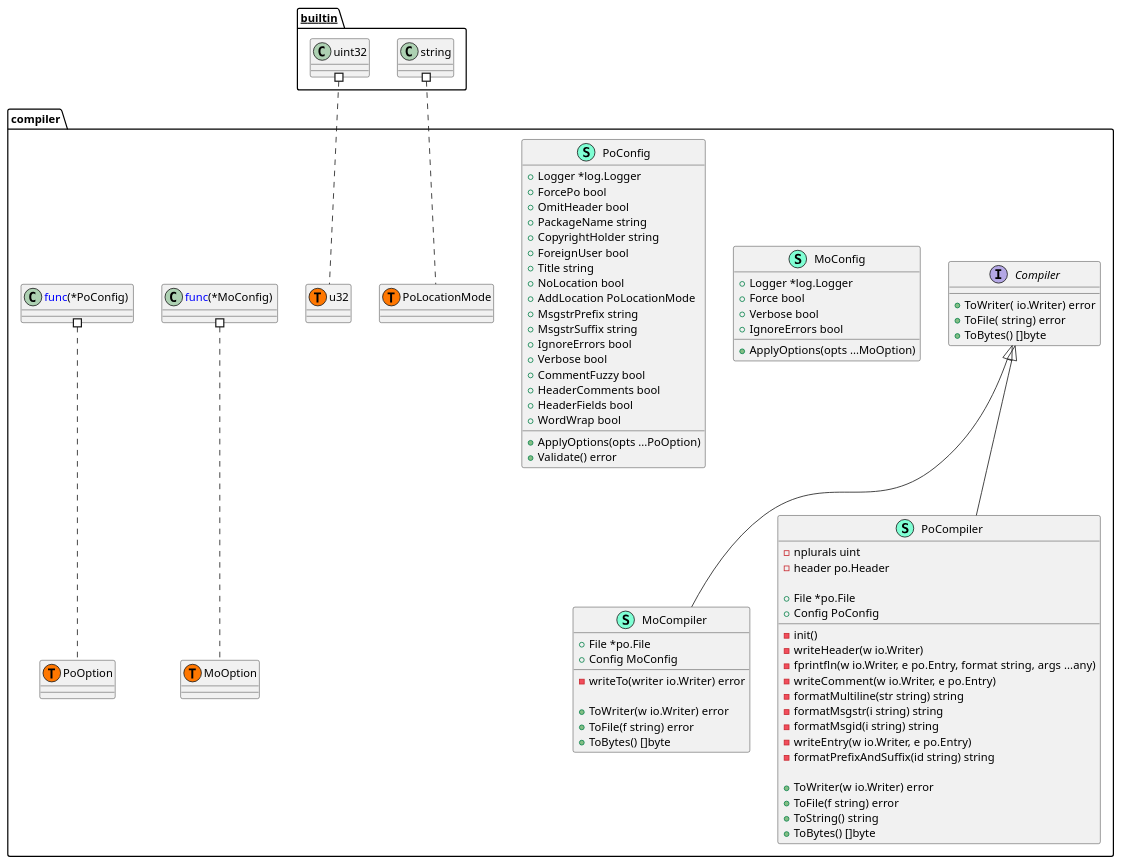
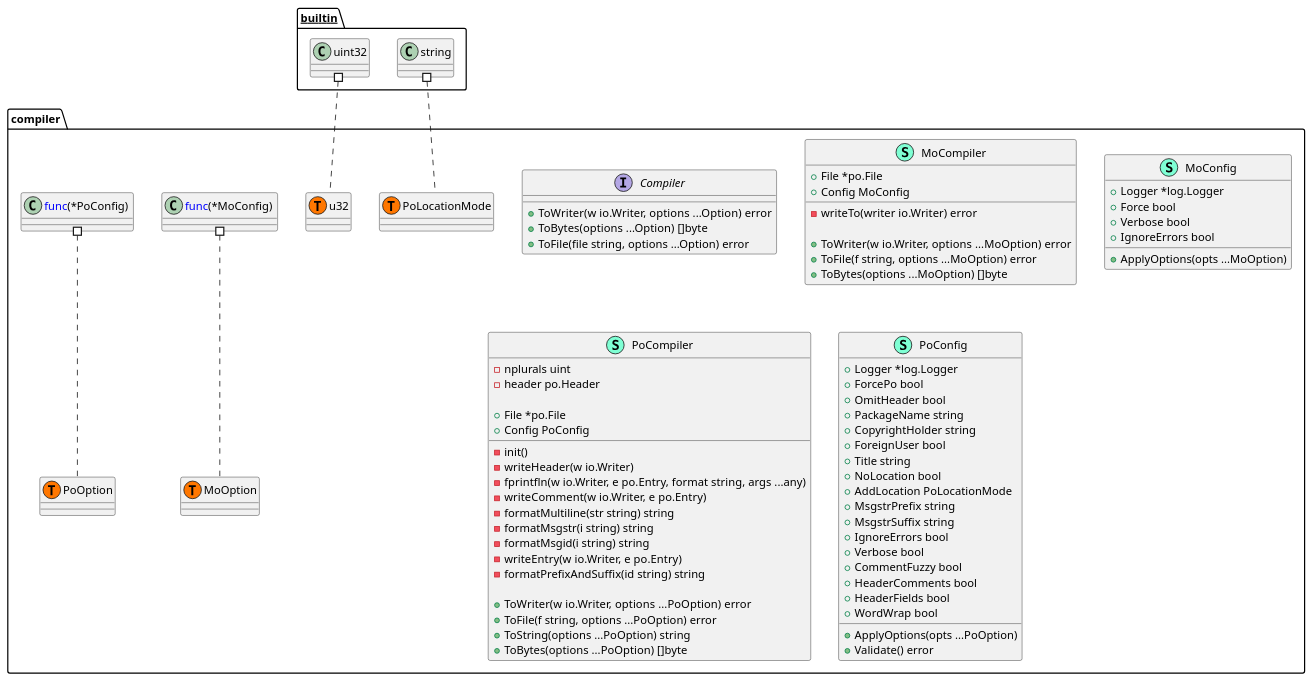
One commit to Tom5521/gotext-tools changed the diagram in pkg/po/compiler/structure.puml. Above: the diagram before and after it, drawn with PlantUML. The commit also changed 7 other files, not shown here.

Commit message:
docs: Update UML files

```diff
--- a/pkg/po/compiler/structure.puml
+++ b/pkg/po/compiler/structure.puml
@@ -1,92 +1,90 @@
 @startuml
 namespace compiler {
     interface Compiler  {
-        + ToWriter( io.Writer) error
-        + ToFile( string) error
-        + ToBytes() []byte
+        + ToWriter(w io.Writer, options ...Option) error
+        + ToBytes(options ...Option) []byte
+        + ToFile(file string, options ...Option) error
 
     }
     class MoCompiler << (S,Aquamarine) >> {
         + File *po.File
         + Config MoConfig
 
         - writeTo(writer io.Writer) error
 
-        + ToWriter(w io.Writer) error
-        + ToFile(f string) error
-        + ToBytes() []byte
+        + ToWriter(w io.Writer, options ...MoOption) error
+        + ToFile(f string, options ...MoOption) error
+        + ToBytes(options ...MoOption) []byte
 
     }
     class MoConfig << (S,Aquamarine) >> {
         + Logger *log.Logger
         + Force bool
         + Verbose bool
         + IgnoreErrors bool
 
         + ApplyOptions(opts ...MoOption) 
 
     }
     class PoCompiler << (S,Aquamarine) >> {
         - nplurals uint
         - header po.Header
 
         + File *po.File
         + Config PoConfig
 
         - init() 
         - writeHeader(w io.Writer) 
         - fprintfln(w io.Writer, e po.Entry, format string, args ...any) 
         - writeComment(w io.Writer, e po.Entry) 
         - formatMultiline(str string) string
         - formatMsgstr(i string) string
         - formatMsgid(i string) string
         - writeEntry(w io.Writer, e po.Entry) 
         - formatPrefixAndSuffix(id string) string
 
-        + ToWriter(w io.Writer) error
-        + ToFile(f string) error
-        + ToString() string
-        + ToBytes() []byte
+        + ToWriter(w io.Writer, options ...PoOption) error
+        + ToFile(f string, options ...PoOption) error
+        + ToString(options ...PoOption) string
+        + ToBytes(options ...PoOption) []byte
 
     }
     class PoConfig << (S,Aquamarine) >> {
         + Logger *log.Logger
         + ForcePo bool
         + OmitHeader bool
         + PackageName string
         + CopyrightHolder string
         + ForeignUser bool
         + Title string
         + NoLocation bool
         + AddLocation PoLocationMode
         + MsgstrPrefix string
         + MsgstrSuffix string
         + IgnoreErrors bool
         + Verbose bool
         + CommentFuzzy bool
         + HeaderComments bool
         + HeaderFields bool
         + WordWrap bool
 
         + ApplyOptions(opts ...PoOption) 
         + Validate() error
 
     }
     class compiler.MoOption << (T, #FF7700) >>  {
     }
     class compiler.PoLocationMode << (T, #FF7700) >>  {
     }
     class compiler.PoOption << (T, #FF7700) >>  {
     }
     class compiler.u32 << (T, #FF7700) >>  {
     }
 }
 
-"compiler.Compiler" <|-- "compiler.MoCompiler"
-"compiler.Compiler" <|-- "compiler.PoCompiler"
 
 "__builtin__.string" #.. "compiler.PoLocationMode"
 "__builtin__.uint32" #.. "compiler.u32"
 "compiler.<font color=blue>func</font>(*MoConfig) " #.. "compiler.MoOption"
 "compiler.<font color=blue>func</font>(*PoConfig) " #.. "compiler.PoOption"
 @enduml
```
